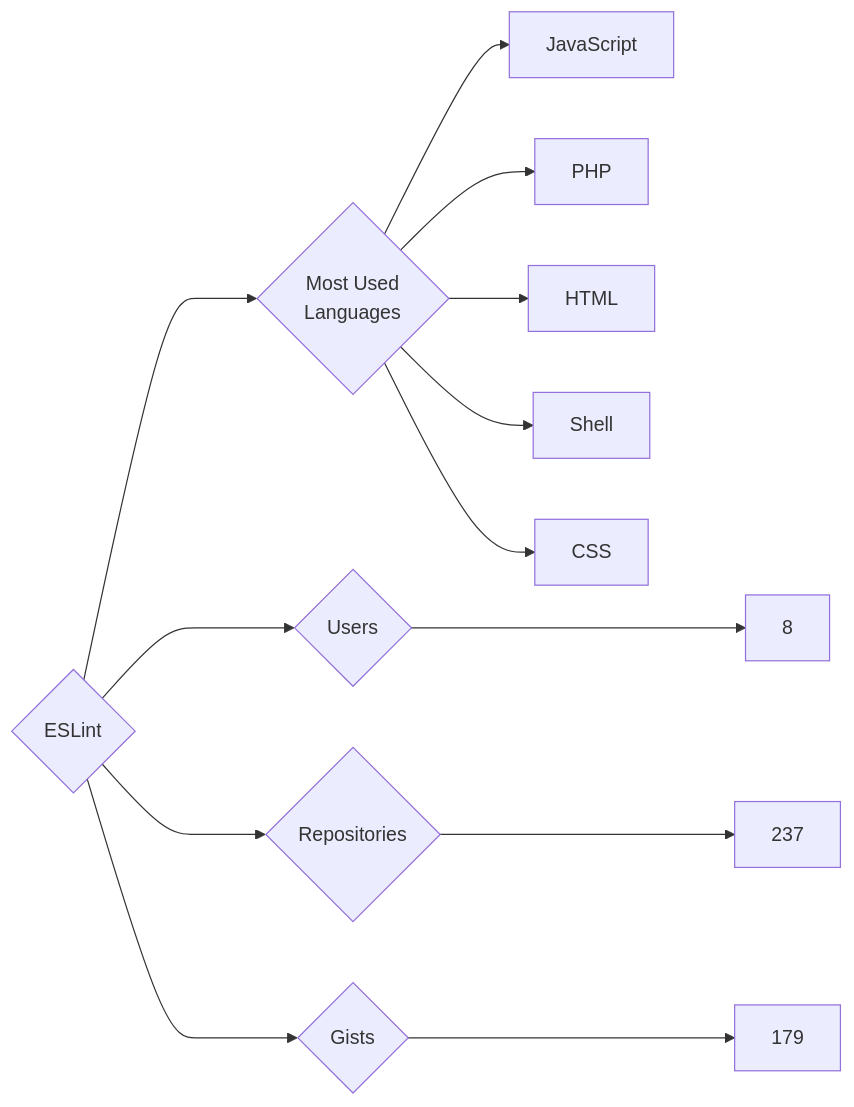
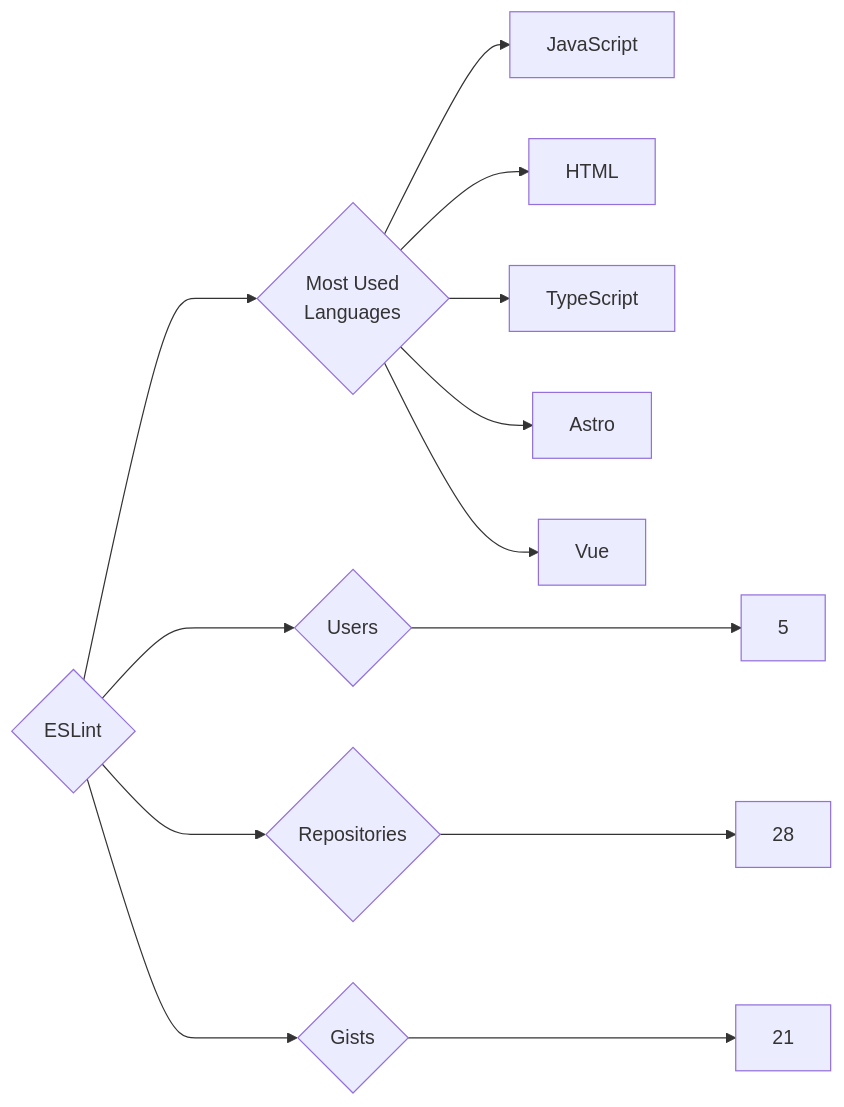
Before and after one commit to trickest/insiders: the diagram in targets/ESLint/README.md, drawn with Mermaid. The commit also changed 1078 other files, not shown here.

````diff
--- a/targets/ESLint/README.md
+++ b/targets/ESLint/README.md
@@ -3,13 +3,13 @@
 ```mermaid
 graph LR
 COMPANY_NAME{ESLint}
-COMPANY_NAME ---> U{Users} ---> UN[8]
-COMPANY_NAME ---> R{Repositories} ---> RN[237]
-COMPANY_NAME ---> G{Gists} ---> GN[179]
+COMPANY_NAME ---> U{Users} ---> UN[5]
+COMPANY_NAME ---> R{Repositories} ---> RN[28]
+COMPANY_NAME ---> G{Gists} ---> GN[21]
 COMPANY_NAME ---> ML{Most Used<br>Languages}
 ML --> JavaScript[JavaScript]
-ML --> PHP[PHP]
 ML --> HTML[HTML]
-ML --> Shell[Shell]
-ML --> CSS[CSS]
+ML --> TypeScript[TypeScript]
+ML --> Astro[Astro]
+ML --> Vue[Vue]
 ```
````
